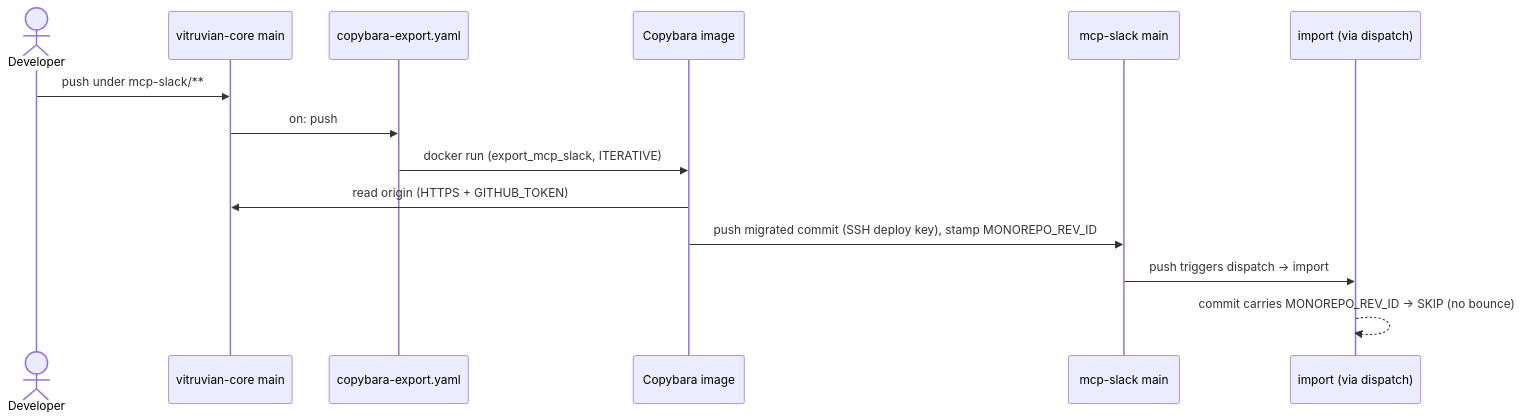
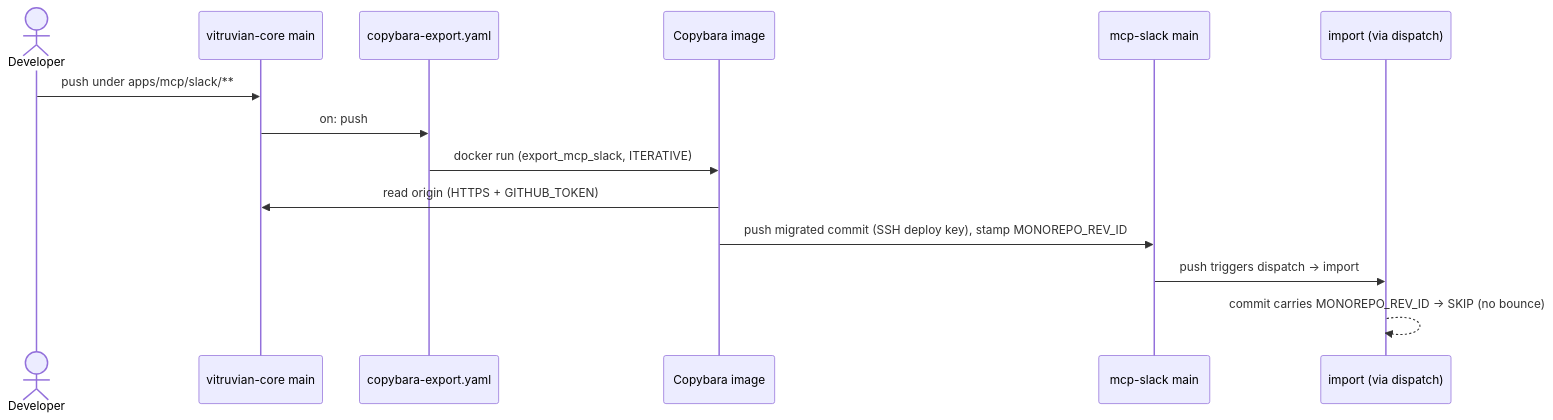
One commit to VitruvianSoftware/vitruvian-core changed the second of 7 diagrams in docs/admin/copybara-sync.md. Above: the diagram before and after it, drawn with Mermaid. The commit also changed other lines of this file and 73 other files, not shown here.

````diff
--- a/docs/admin/copybara-sync.md
+++ b/docs/admin/copybara-sync.md
@@ -115,16 +115,16 @@
 ```mermaid
 sequenceDiagram
     actor Dev as Developer
     participant VC as vitruvian-core main
     participant EXP as copybara-export.yaml
     participant CB as Copybara image
     participant MS as mcp-slack main
     participant IMP as import (via dispatch)
-    Dev->>VC: push under mcp-slack/**
+    Dev->>VC: push under apps/mcp/slack/**
     VC->>EXP: on: push
     EXP->>CB: docker run (export_mcp_slack, ITERATIVE)
     CB->>VC: read origin (HTTPS + GITHUB_TOKEN)
     CB->>MS: push migrated commit (SSH deploy key), stamp MONOREPO_REV_ID
     MS->>IMP: push triggers dispatch → import
     IMP-->>IMP: commit carries MONOREPO_REV_ID → SKIP (no bounce)
 ```
````
